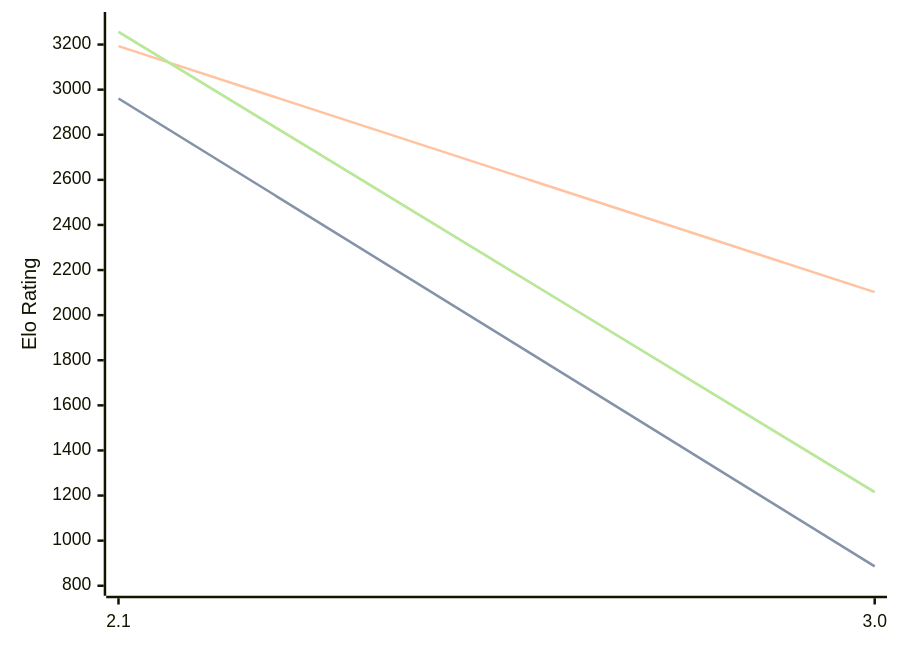
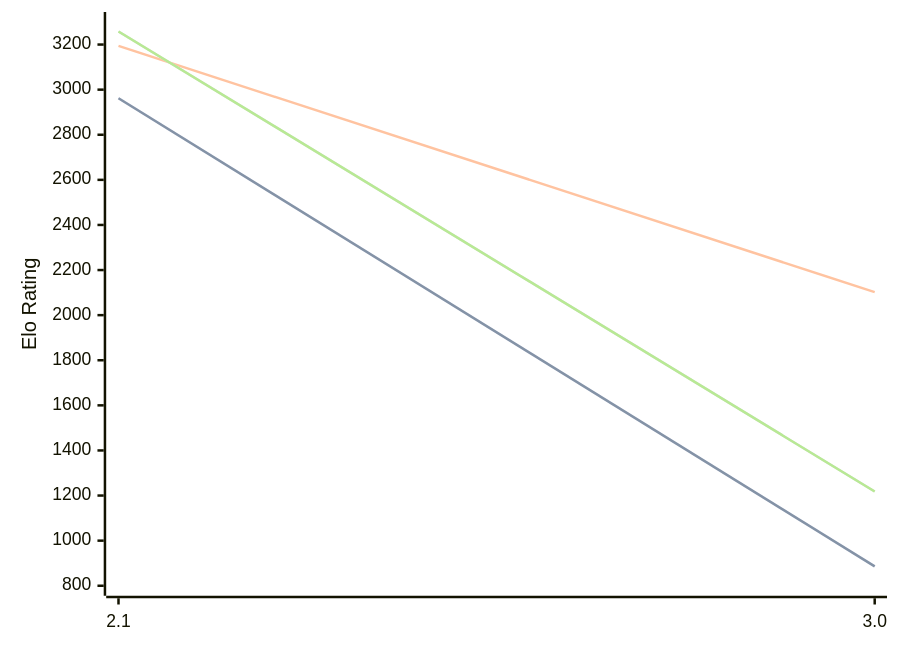
The diagram in engines/Quirky.md (computer-chess-index/cci), drawn with Mermaid before and after one commit. The commit also changed other lines of this file, not shown here.

Commit message:
Update CCI Ratings (ELO VLTC) - 2026-09-16

````diff
--- a/engines/Quirky.md
+++ b/engines/Quirky.md
@@ -32,11 +32,11 @@
 ```mermaid
 %%{init: {"theme":"base","themeVariables":{"seriesColors:['#a3a3a3','#222221','#faa371']}}}%%
 xychart-beta
   x-axis ["2.1", "3.0"]
   y-axis "Elo Rating" 800 --> 3300
-  line "" [2961, 886]
-  line "STC (8.0+0.08s)" [2961, 886]
-  line "LTC (60.0+0.60s)" [3193, 2102]
-  line "" [3256, 1215]
-  line "VLTC (2m24s+1.12s)" [3256, 1215]
+  line "" [2962, 886]
+  line "STC (8.0+0.08s)" [2962, 886]
+  line "LTC (60.0+0.60s)" [3194, 2102]
+  line "" [3258, 1218]
+  line "VLTC (2m24s+1.12s)" [3258, 1218]
 ```
````
